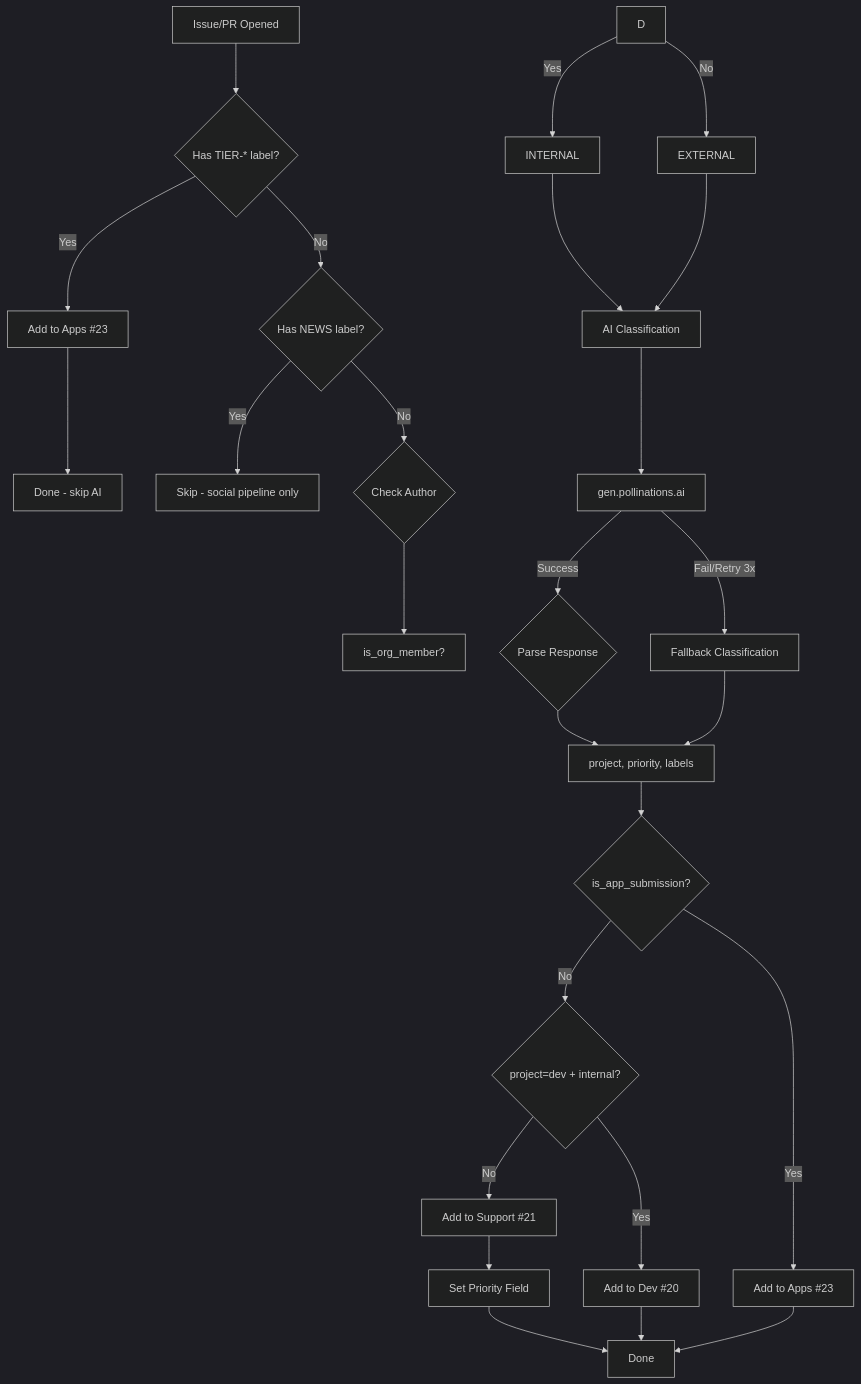
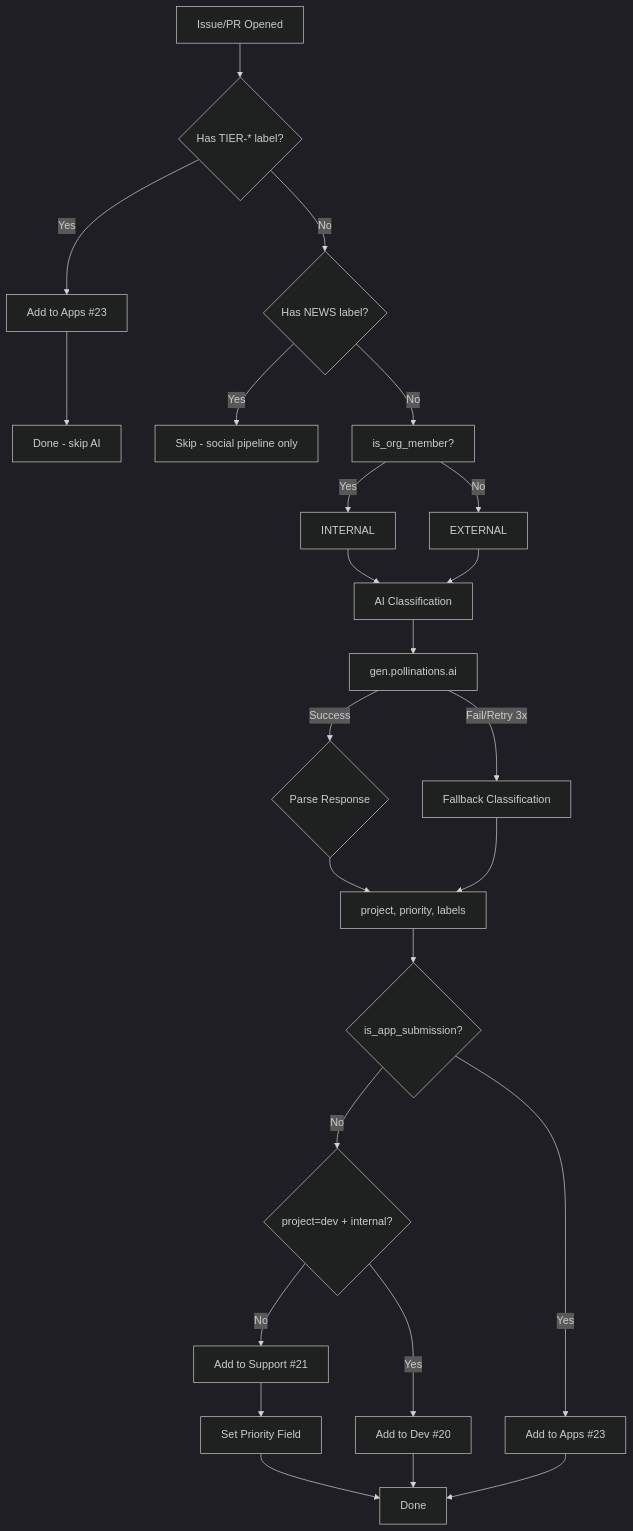
The second of 4 diagrams in .github/docs/TRIAGE.md (pollinations/pollinations), drawn with Mermaid before and after one commit.

Commit message:
fix orphan nodes in TRIAGE.md mermaid diagram

````diff
--- a/.github/docs/TRIAGE.md
+++ b/.github/docs/TRIAGE.md
@@ -72,33 +72,32 @@
 ```mermaid
 %%{init: {'theme': 'dark'}}%%
 flowchart TD
     A[Issue/PR Opened] --> AA{Has TIER-* label?}
     AA -->|Yes| AB[Add to Apps #23]
     AB --> AC[Done - skip AI]
     AA -->|No| AN{Has NEWS label?}
     AN -->|Yes| AX[Skip - social pipeline only]
-    AN -->|No| B{Check Author}
-    B --> C[is_org_member?]
-    D -->|Yes| F[INTERNAL]
-    D -->|No| G[EXTERNAL]
+    AN -->|No| B[is_org_member?]
+    B -->|Yes| F[INTERNAL]
+    B -->|No| G[EXTERNAL]
 
     F --> H[AI Classification]
     G --> H
 
     H --> I[gen.pollinations.ai]
     I -->|Success| J{Parse Response}
     I -->|Fail/Retry 3x| K[Fallback Classification]
     J --> L[project, priority, labels]
     K --> L
 
     L --> IAS{is_app_submission?}
     IAS -->|Yes| AP[Add to Apps #23]
     IAS -->|No| M{project=dev + internal?}
     M -->|Yes| N[Add to Dev #20]
     M -->|No| Q[Add to Support #21]
 
     Q --> U[Set Priority Field]
     U --> V[Done]
     N --> V
     AP --> V
 ```
````
